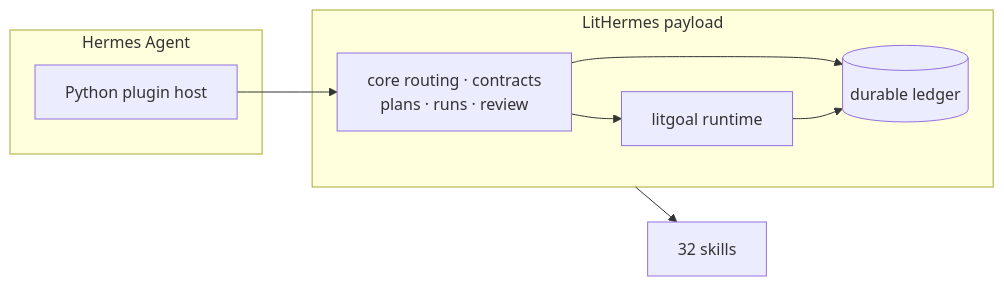
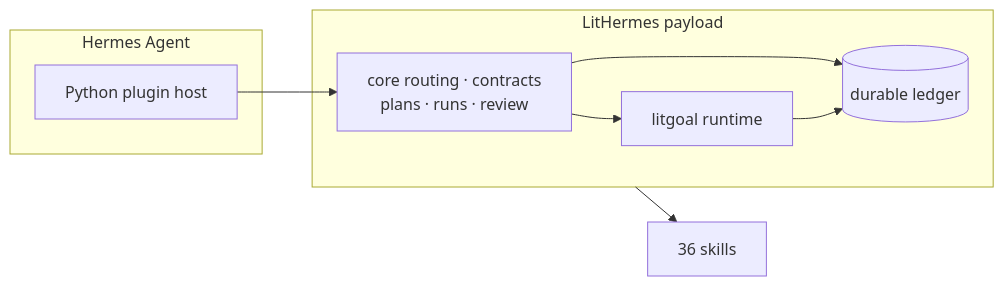
Before and after one commit to wjgoarxiv/lithermes: the second of 3 diagrams in docs/guide.ko.md, drawn with Mermaid. The commit also changed other lines of this file and 19 other files, not shown here.

````diff
--- a/docs/guide.ko.md
+++ b/docs/guide.ko.md
@@ -92,14 +92,14 @@
 ```mermaid
 flowchart LR
     subgraph HM["Hermes Agent"]
         PY["Python plugin host"]
     end
     subgraph LH["LitHermes payload"]
         CORE["core routing · contracts<br/>plans · runs · review"]
         GOAL["litgoal runtime"]
         LEDGER[("durable ledger")]
     end
     PY --> CORE --> LEDGER
     CORE --> GOAL --> LEDGER
-    LH --> S["32 skills"]
+    LH --> S["36 skills"]
 ```
````
